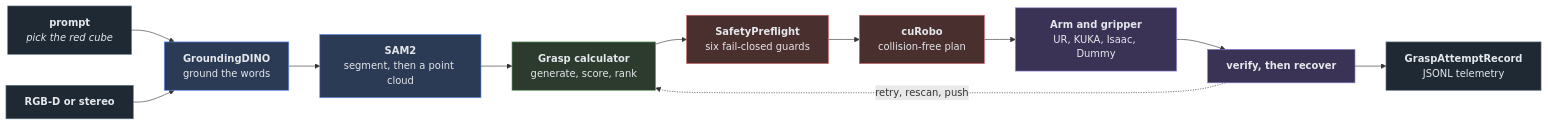
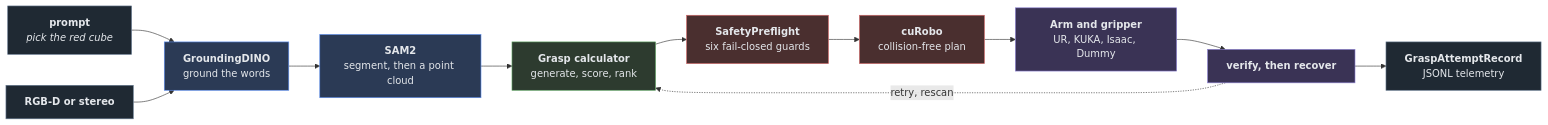
Before and after one commit to ManterJochen/Workaholic-Willy: the diagram in README.md, drawn with Mermaid. The commit also changed other lines of this file and 305 other files, not shown here.

````diff
--- a/README.md
+++ b/README.md
@@ -164,23 +165,23 @@
 ```mermaid
 flowchart LR
     P["<b>prompt</b><br/><i>pick the red cube</i>"]:::io
     C["<b>RGB-D or stereo</b>"]:::io
     D["<b>GroundingDINO</b><br/>ground the words"]:::perc
     S["<b>SAM2</b><br/>segment, then a point cloud"]:::perc
     G["<b>Grasp calculator</b><br/>generate, score, rank"]:::grasp
     F["<b>SafetyPreflight</b><br/>six fail-closed guards"]:::safe
     M["<b>cuRobo</b><br/>collision-free plan"]:::safe
     E["<b>Arm and gripper</b><br/>UR, KUKA, Isaac, Dummy"]:::exe
     V["<b>verify, then recover</b>"]:::exe
     L["<b>GraspAttemptRecord</b><br/>JSONL telemetry"]:::io
 
     P --> D
     C --> D --> S --> G --> F --> M --> E --> V --> L
-    V -.->|"retry, rescan, push"| G
+    V -.->|"retry, rescan"| G
 
     classDef io    fill:#1f2933,stroke:#63768d,color:#e4e7eb
     classDef perc  fill:#2b3a55,stroke:#5b8def,color:#e4e7eb
     classDef grasp fill:#2d3b2f,stroke:#5fa463,color:#e4e7eb
     classDef safe  fill:#4a2f2f,stroke:#d16565,color:#e4e7eb
     classDef exe   fill:#3a3355,stroke:#8b7fd1,color:#e4e7eb
 ```
````
